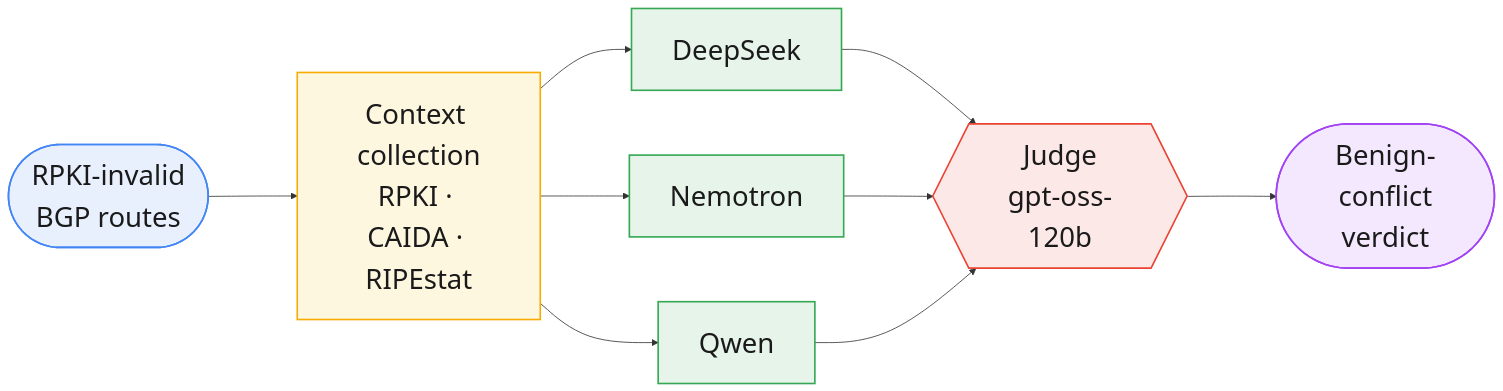
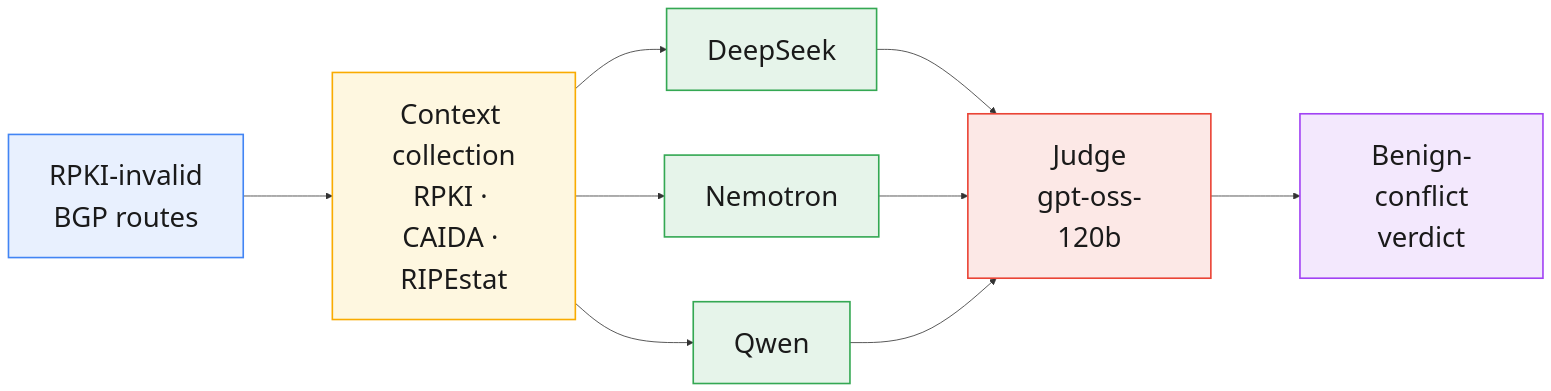
Before and after one commit to zsjstart/LLMOV: the diagram in README.md, drawn with Mermaid.

Commit message:
Use plain rectangles for all diagram nodes

````diff
--- a/README.md
+++ b/README.md
@@ -15,27 +15,27 @@
 ```mermaid
 %%{init: {"flowchart": {"nodeSpacing": 80, "rankSpacing": 110, "padding": 25}, "themeVariables": {"fontSize": "34px"}}}%%
 flowchart LR
-    A(["RPKI-invalid<br/>BGP routes"]) --> B["Context collection<br/>RPKI · CAIDA · RIPEstat"]
+    A["RPKI-invalid<br/>BGP routes"] --> B["Context collection<br/>RPKI · CAIDA · RIPEstat"]
 
     B --> C1["DeepSeek"]
     B --> C2["Nemotron"]
     B --> C3["Qwen"]
 
-    C1 --> D{{"Judge<br/>gpt-oss-120b"}}
+    C1 --> D["Judge<br/>gpt-oss-120b"]
     C2 --> D
     C3 --> D
 
-    D --> E(["Benign-conflict<br/>verdict"])
+    D --> E["Benign-conflict<br/>verdict"]
 
     classDef input fill:#e8f0fe,stroke:#4285f4,stroke-width:2px,color:#1a1a1a;
     classDef context fill:#fef7e0,stroke:#f9ab00,stroke-width:2px,color:#1a1a1a;
     classDef model fill:#e6f4ea,stroke:#34a853,stroke-width:2px,color:#1a1a1a;
     classDef judge fill:#fce8e6,stroke:#ea4335,stroke-width:2px,color:#1a1a1a;
     classDef output fill:#f3e8fd,stroke:#a142f4,stroke-width:2px,color:#1a1a1a;
 
     class A input;
     class B context;
     class C1,C2,C3 model;
     class D judge;
     class E output;
 ```
````
